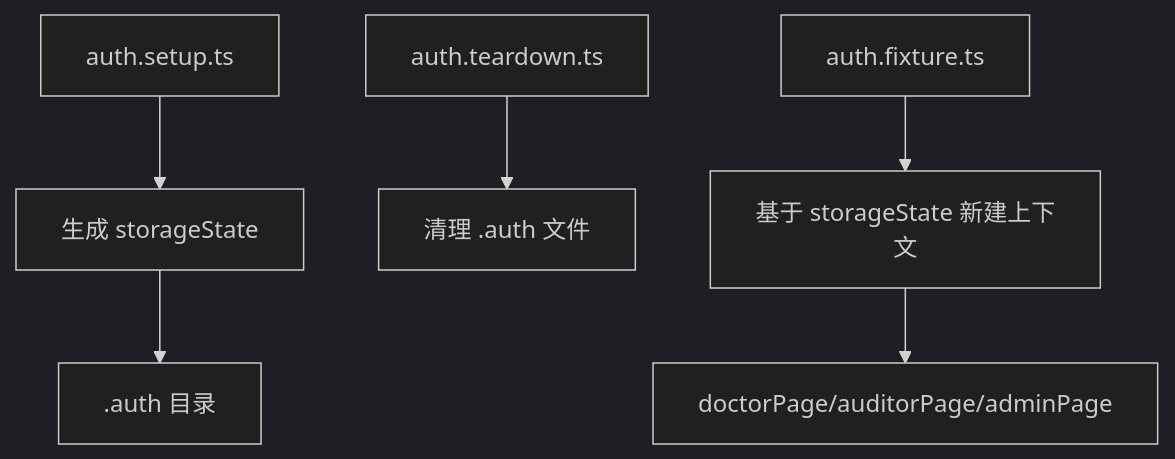
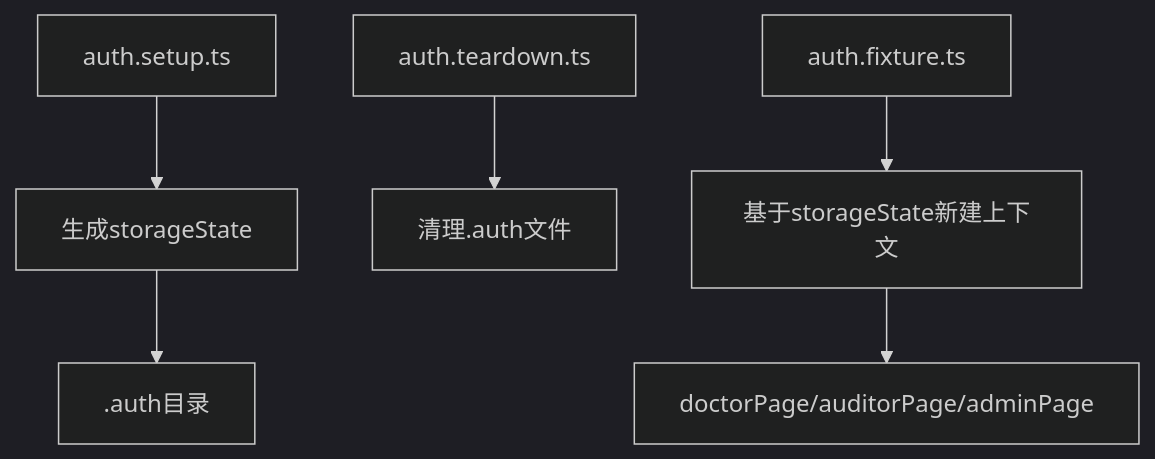
One commit to zzgoviziwind/--playwright changed the fifth of 6 diagrams in .qoder/repowiki/zh/content/测试报告和监控/报告生成系统.md. Above: the diagram before and after it, drawn with Mermaid (dark theme). The commit also changed other lines of this file and 112 other files, not shown here.

````diff
--- a/.qoder/repowiki/zh/content/测试报告和监控/报告生成系统.md
+++ b/.qoder/repowiki/zh/content/测试报告和监控/报告生成系统.md
@@ -222,8 +240,8 @@
 ```mermaid
 flowchart TD
-S["auth.setup.ts"] --> SS["生成 storageState"]
-SS --> AUTH[".auth 目录"]
-T["auth.teardown.ts"] --> CLEAN["清理 .auth 文件"]
-F["auth.fixture.ts"] --> CTX["基于 storageState 新建上下文"]
+S["auth.setup.ts"] --> SS["生成storageState"]
+SS --> AUTH[".auth目录"]
+T["auth.teardown.ts"] --> CLEAN["清理.auth文件"]
+F["auth.fixture.ts"] --> CTX["基于storageState新建上下文"]
 CTX --> PAGES["doctorPage/auditorPage/adminPage"]
 ```
````
